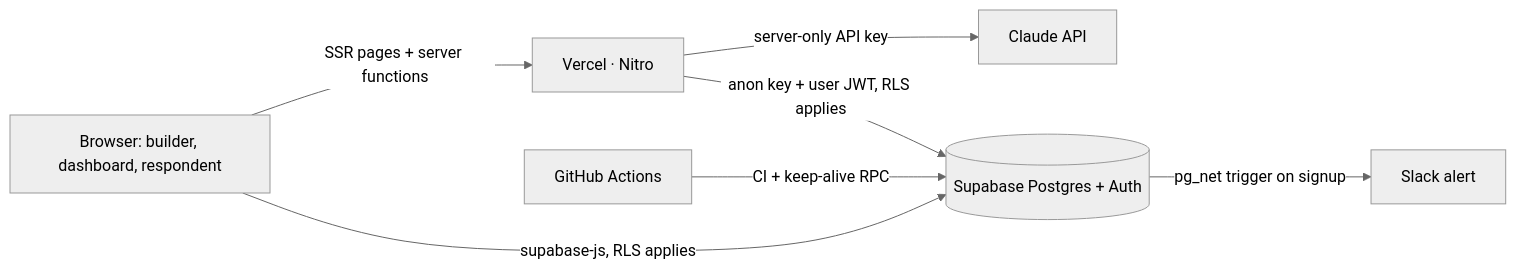
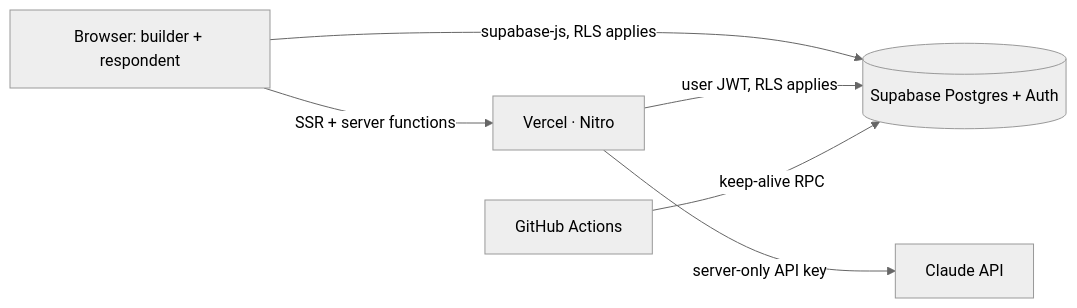
Before and after one commit to andriuskleinas/flowform: the diagram in README.md, drawn with Mermaid (neutral theme).

Commit message:
docs: narrow the architecture diagram so it fits GitHub's viewer

````diff
--- a/README.md
+++ b/README.md
@@ -67,9 +67,8 @@
 ```mermaid
 flowchart LR
-  B[Browser: builder, dashboard, respondent] -->|SSR pages + server functions| V[Vercel · Nitro]
-  B -->|supabase-js, RLS applies| S[(Supabase Postgres + Auth)]
+  U[Browser: builder + respondent] -->|SSR + server functions| V[Vercel · Nitro]
+  U -->|supabase-js, RLS applies| S[(Supabase Postgres + Auth)]
+  V -->|user JWT, RLS applies| S
   V -->|server-only API key| C[Claude API]
-  V -->|anon key + user JWT, RLS applies| S
-  S -->|pg_net trigger on signup| SL[Slack alert]
-  GH[GitHub Actions] -->|CI + keep-alive RPC| S
+  GH[GitHub Actions] -->|keep-alive RPC| S
 ```
````
